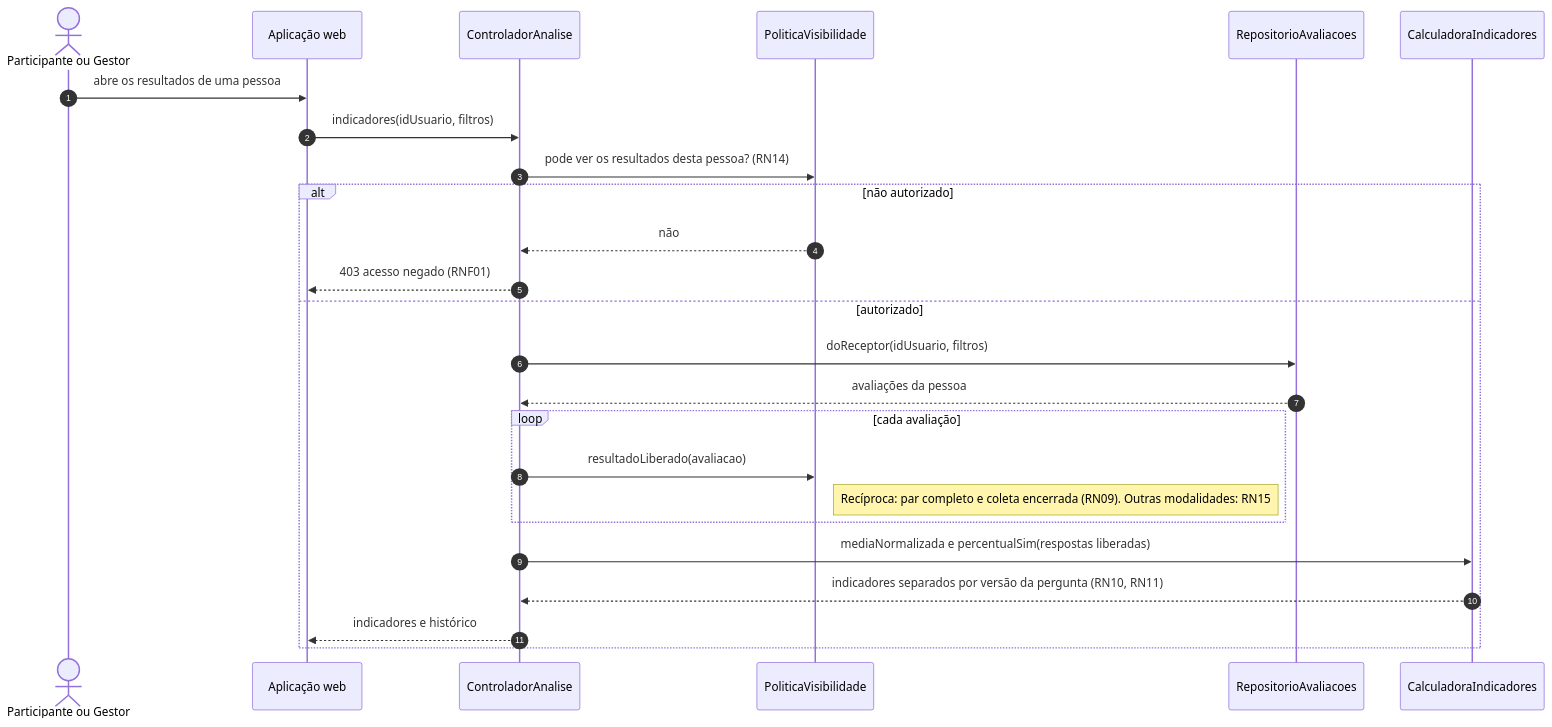
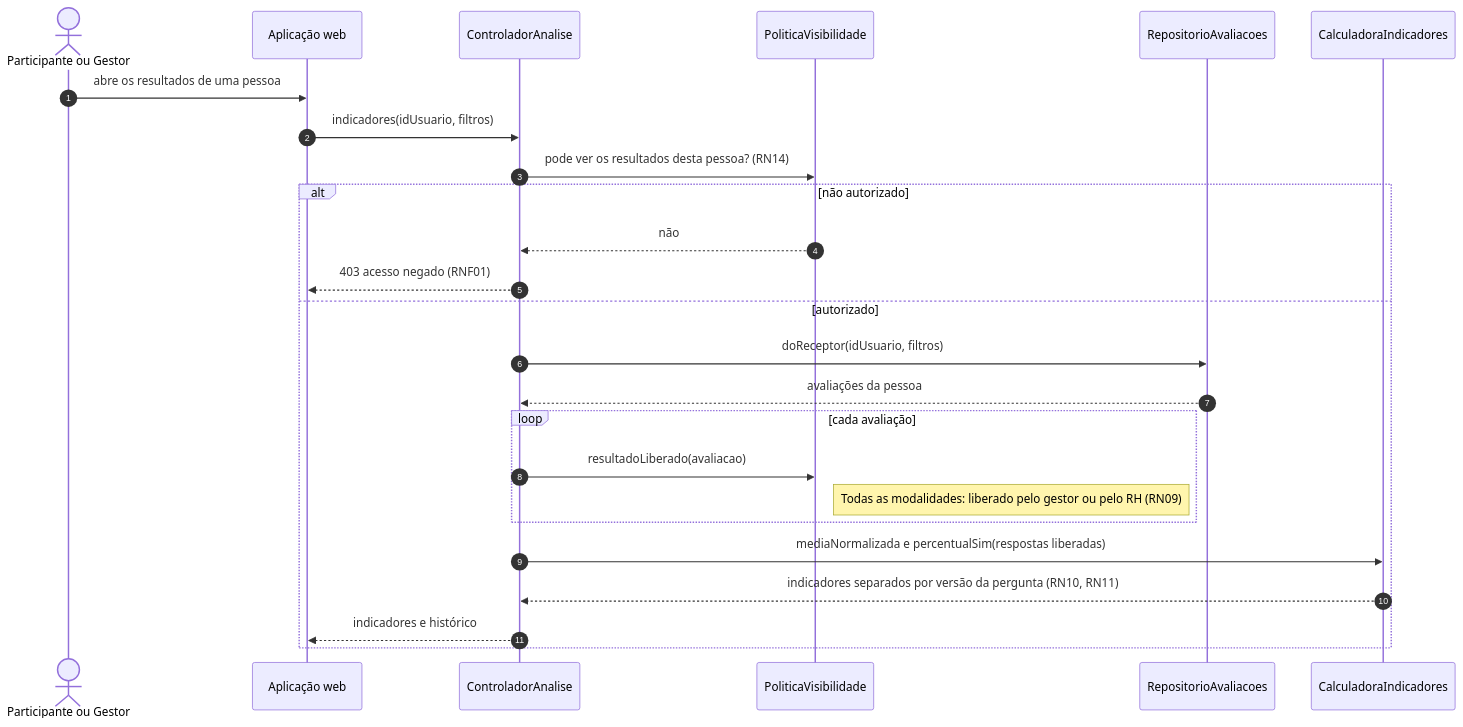
Before and after one commit to EnzoMachad0/projeto-dominios: the diagram in docs/modelos/projeto/sequencia-consultar-resultados.mmd, drawn with Mermaid. The commit also changed 28 other files, not shown here.

```diff
--- a/docs/modelos/projeto/sequencia-consultar-resultados.mmd
+++ b/docs/modelos/projeto/sequencia-consultar-resultados.mmd
@@ -1,27 +1,27 @@
 %% Sequência — Consultar resultados (CU-04, fluxo principal) — RF14, RF15, RN09, RN10, RN11, RN14, RNF01, RNF12
 sequenceDiagram
     autonumber
     actor U as Participante ou Gestor
     participant Web as Aplicação web
     participant Ctl as ControladorAnalise
     participant Pol as PoliticaVisibilidade
     participant Rep as RepositorioAvaliacoes
     participant Calc as CalculadoraIndicadores
 
     U->>Web: abre os resultados de uma pessoa
     Web->>Ctl: indicadores(idUsuario, filtros)
     Ctl->>Pol: pode ver os resultados desta pessoa? (RN14)
     alt não autorizado
         Pol-->>Ctl: não
         Ctl-->>Web: 403 acesso negado (RNF01)
     else autorizado
         Ctl->>Rep: doReceptor(idUsuario, filtros)
         Rep-->>Ctl: avaliações da pessoa
         loop cada avaliação
             Ctl->>Pol: resultadoLiberado(avaliacao)
-            Note right of Pol: Recíproca: par completo e coleta encerrada (RN09). Outras modalidades: RN15
+            Note right of Pol: Todas as modalidades: liberado pelo gestor ou pelo RH (RN09)
         end
         Ctl->>Calc: mediaNormalizada e percentualSim(respostas liberadas)
         Calc-->>Ctl: indicadores separados por versão da pergunta (RN10, RN11)
         Ctl-->>Web: indicadores e histórico
     end
```
